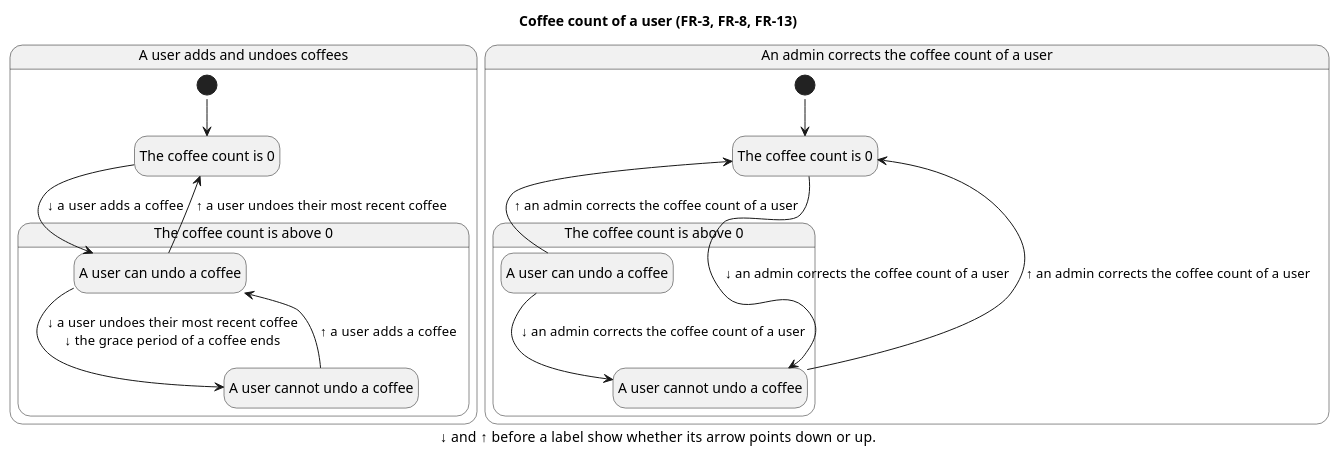
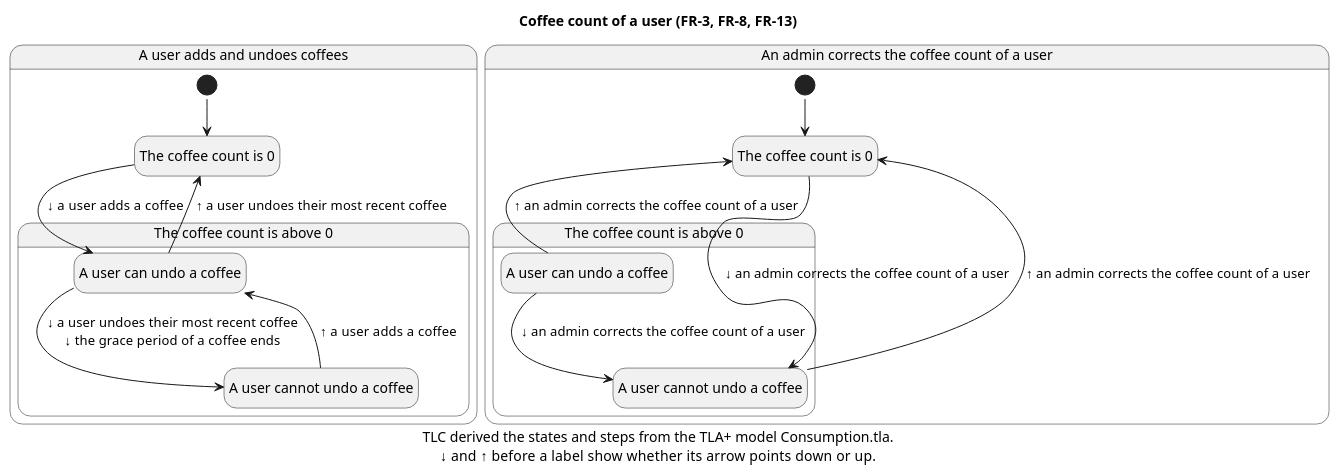
Before and after one commit to se-uhd/coffee-kitty: the diagram in doc/statecharts/Consumption.puml, drawn with PlantUML. The commit also changed 5 other files, not shown here.

First line of the commit message:
fix(models): name the TLA+ model in the caption of each statechart

```diff
--- a/doc/statecharts/Consumption.puml
+++ b/doc/statecharts/Consumption.puml
@@ -1,31 +1,31 @@
 @startuml
 !pragma layout smetana
 hide empty description
 title Coffee count of a user (FR-3, FR-8, FR-13)
 state "A user adds and undoes coffees" as q0 {
   state "The coffee count is 0" as q0s0
   state "The coffee count is above 0" as q0p0 {
     state "A user can undo a coffee" as q0s1
     state "A user cannot undo a coffee" as q0s2
   }
   [*] --> q0s0
   q0s0 --> q0s1 : ↓ a user adds a coffee
   q0s1 -up-> q0s0 : ↑ a user undoes their most recent coffee
   q0s1 --> q0s2 : ↓ a user undoes their most recent coffee\n↓ the grace period of a coffee ends
   q0s2 -up-> q0s1 : ↑ a user adds a coffee
   q0s0 -[hidden]-> q0s2
 }
 state "An admin corrects the coffee count of a user" as q1 {
   state "The coffee count is 0" as q1s0
   state "The coffee count is above 0" as q1p0 {
     state "A user can undo a coffee" as q1s1
     state "A user cannot undo a coffee" as q1s2
   }
   [*] --> q1s0
   q1s0 --> q1s2 : ↓ an admin corrects the coffee count of a user
   q1s1 -up-> q1s0 : ↑ an admin corrects the coffee count of a user
   q1s1 --> q1s2 : ↓ an admin corrects the coffee count of a user
   q1s2 -up-> q1s0 : ↑ an admin corrects the coffee count of a user
 }
-caption ↓ and ↑ before a label show whether its arrow points down or up.
+caption TLC derived the states and steps from the TLA+ model Consumption.tla.\n↓ and ↑ before a label show whether its arrow points down or up.
 @enduml
```
